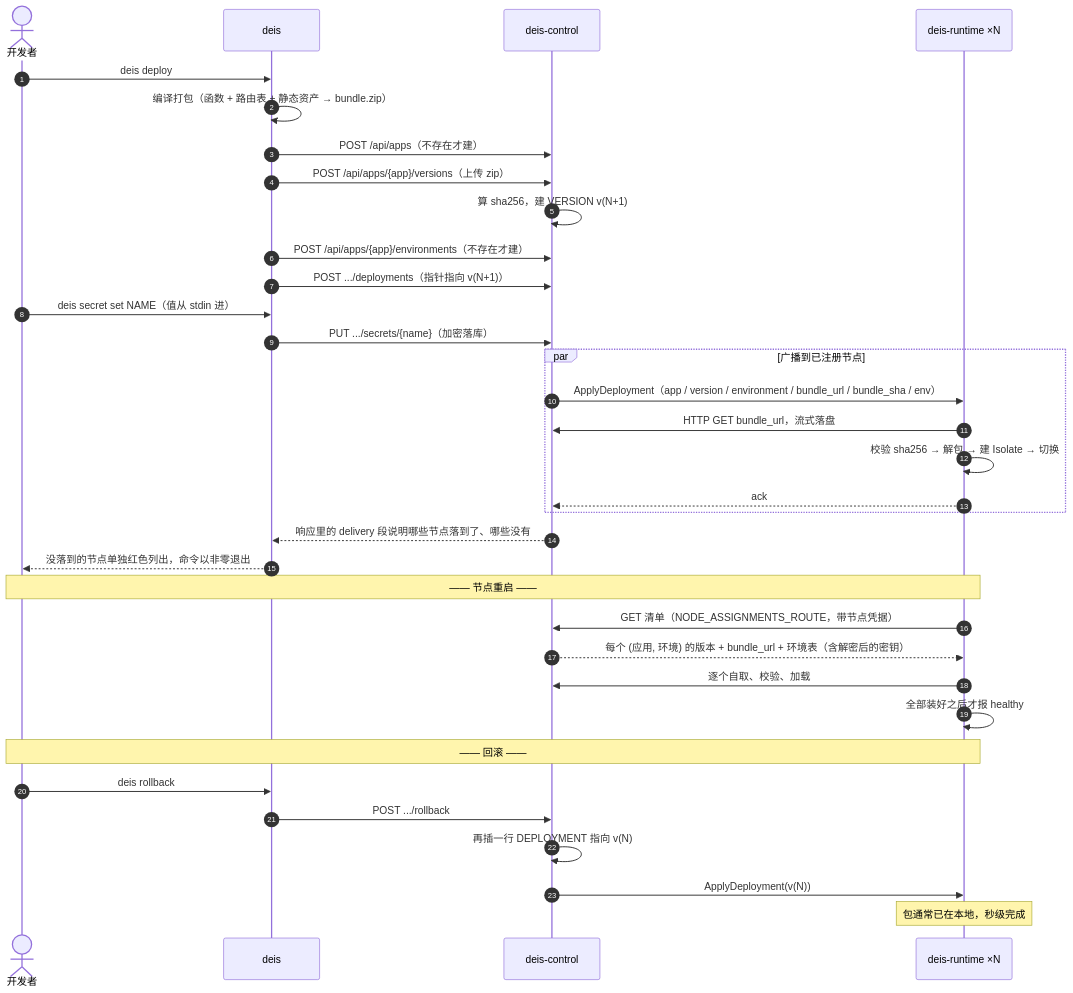
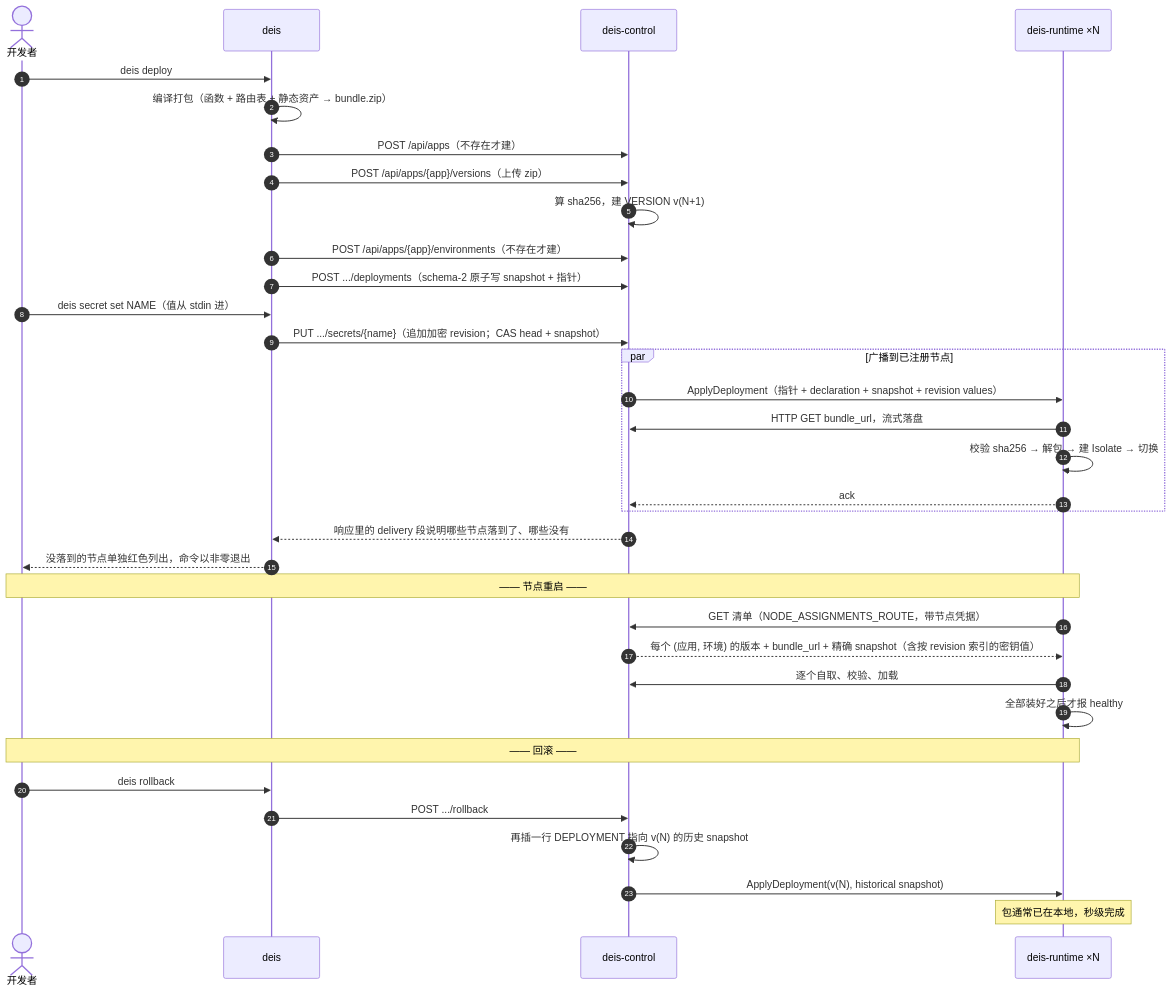
Before and after one commit to deislet/deislet: the third of 6 diagrams in docs/architecture.zh.md, drawn with Mermaid. The commit also changed other lines of this file and 45 other files, not shown here.

````diff
--- a/docs/architecture.zh.md
+++ b/docs/architecture.zh.md
@@ -235,40 +235,40 @@
 ```mermaid
 sequenceDiagram
     autonumber
     actor Dev as 开发者
     participant CLI as deis
     participant R as deis-control
     participant X as deis-runtime ×N
 
     Dev->>CLI: deis deploy
     CLI->>CLI: 编译打包（函数 + 路由表 + 静态资产 → bundle.zip）
     CLI->>R: POST /api/apps（不存在才建）
     CLI->>R: POST /api/apps/{app}/versions（上传 zip）
     R->>R: 算 sha256，建 VERSION v(N+1)
     CLI->>R: POST /api/apps/{app}/environments（不存在才建）
-    CLI->>R: POST .../deployments（指针指向 v(N+1)）
+    CLI->>R: POST .../deployments（schema-2 原子写 snapshot + 指针）
     Dev->>CLI: deis secret set NAME（值从 stdin 进）
-    CLI->>R: PUT .../secrets/{name}（加密落库）
+    CLI->>R: PUT .../secrets/{name}（追加加密 revision；CAS head + snapshot）
 
     par 广播到已注册节点
-        R->>X: ApplyDeployment（app / version / environment / bundle_url / bundle_sha / env）
+        R->>X: ApplyDeployment（指针 + declaration + snapshot + revision values）
         X->>R: HTTP GET bundle_url，流式落盘
         X->>X: 校验 sha256 → 解包 → 建 Isolate → 切换
         X-->>R: ack
     end
     R-->>CLI: 响应里的 delivery 段说明哪些节点落到了、哪些没有
     CLI-->>Dev: 没落到的节点单独红色列出，命令以非零退出
 
     Note over Dev,X: —— 节点重启 ——
     X->>R: GET 清单（NODE_ASSIGNMENTS_ROUTE，带节点凭据）
-    R-->>X: 每个 (应用, 环境) 的版本 + bundle_url + 环境表（含解密后的密钥）
+    R-->>X: 每个 (应用, 环境) 的版本 + bundle_url + 精确 snapshot（含按 revision 索引的密钥值）
     X->>R: 逐个自取、校验、加载
     X->>X: 全部装好之后才报 healthy
 
     Note over Dev,X: —— 回滚 ——
     Dev->>CLI: deis rollback
     CLI->>R: POST .../rollback
-    R->>R: 再插一行 DEPLOYMENT 指向 v(N)
-    R->>X: ApplyDeployment(v(N))
+    R->>R: 再插一行 DEPLOYMENT 指向 v(N) 的历史 snapshot
+    R->>X: ApplyDeployment(v(N), historical snapshot)
     Note over X: 包通常已在本地，秒级完成
 ```
````
